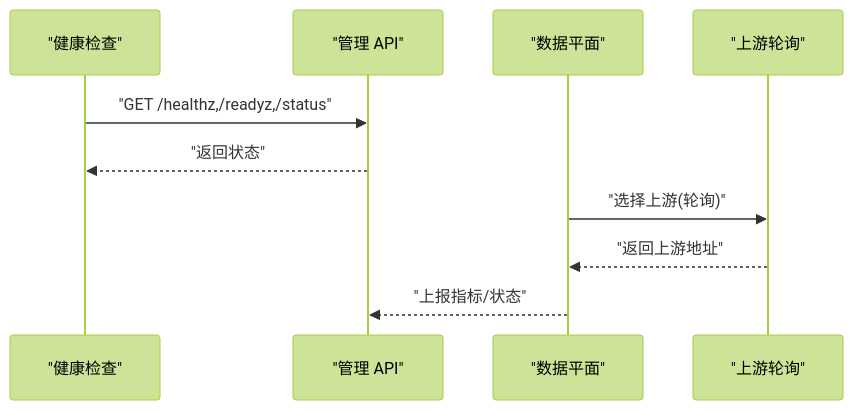
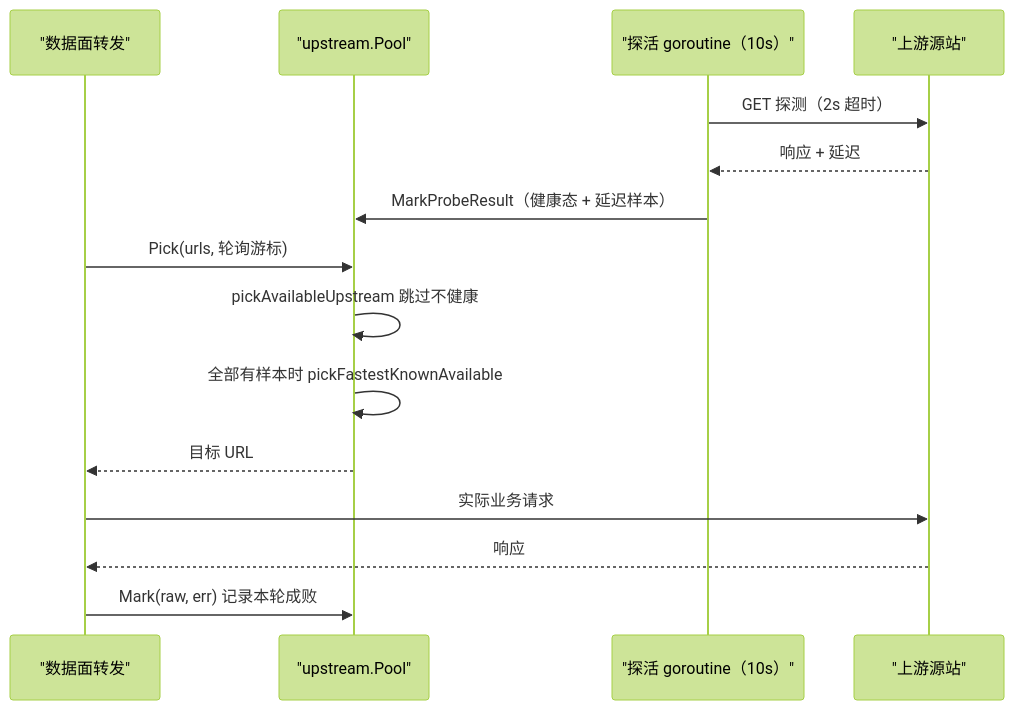
One commit to x01n/My-OpenWaf changed the fifth of 9 diagrams in docs/扩展与插件系统/第三方集成/服务集成.md. Above: the diagram before and after it, drawn with Mermaid (forest theme). The commit also changed other lines of this file and 622 other files, not shown here.

````diff
--- a/docs/扩展与插件系统/第三方集成/服务集成.md
+++ b/docs/扩展与插件系统/第三方集成/服务集成.md
@@ -213,12 +317,17 @@
 ```mermaid
 sequenceDiagram
-participant HC as "健康检查"
-participant Admin as "管理 API"
-participant DP as "数据平面"
-participant LB as "上游轮询"
-HC->>Admin : "GET /healthz,/readyz,/status"
-Admin-->>HC : "返回状态"
-DP->>LB : "选择上游(轮询)"
-LB-->>DP : "返回上游地址"
-DP-->>Admin : "上报指标/状态"
+participant DP as "数据面转发"
+participant Pool as "upstream.Pool"
+participant HP as "探活 goroutine（10s）"
+participant US as "上游源站"
+HP->>US : GET 探测（2s 超时）
+US-->>HP : 响应 + 延迟
+HP->>Pool : MarkProbeResult（健康态 + 延迟样本）
+DP->>Pool : Pick(urls, 轮询游标)
+Pool->>Pool : pickAvailableUpstream 跳过不健康
+Pool->>Pool : 全部有样本时 pickFastestKnownAvailable
+Pool-->>DP : 目标 URL
+DP->>US : 实际业务请求
+US-->>DP : 响应
+DP->>Pool : Mark(raw, err) 记录本轮成败
 ```
````
